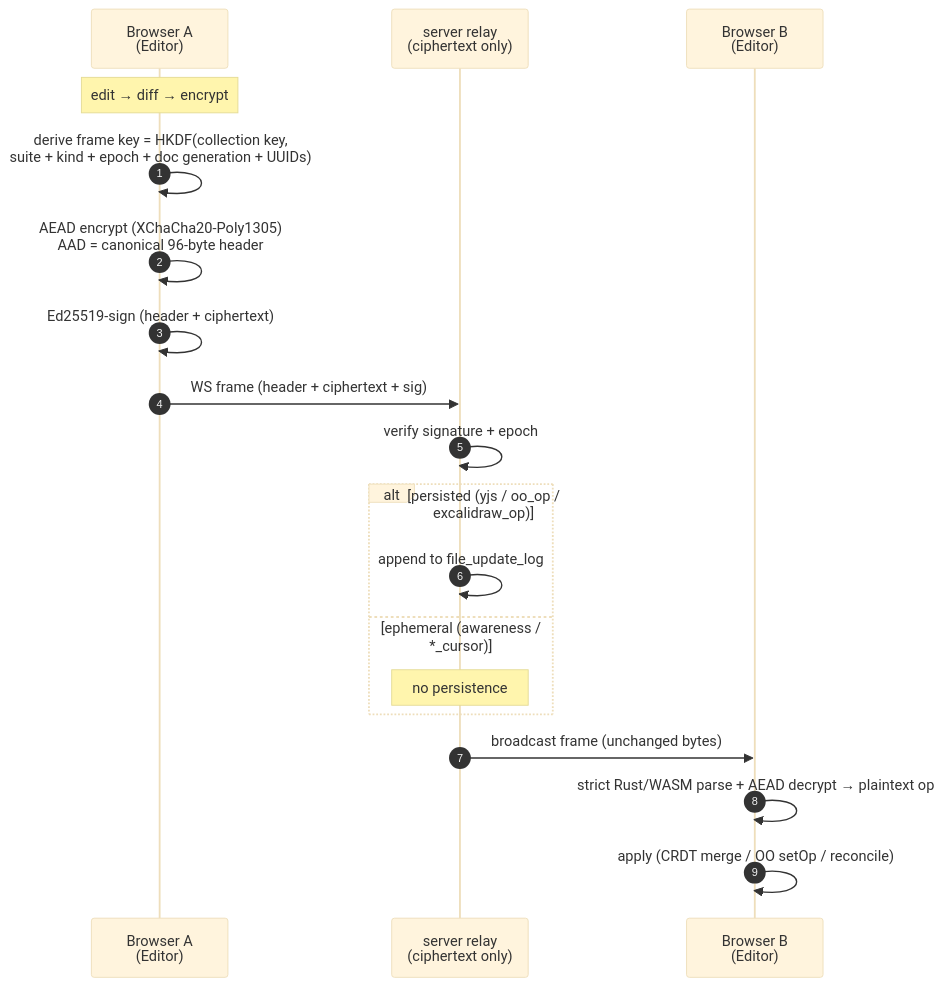
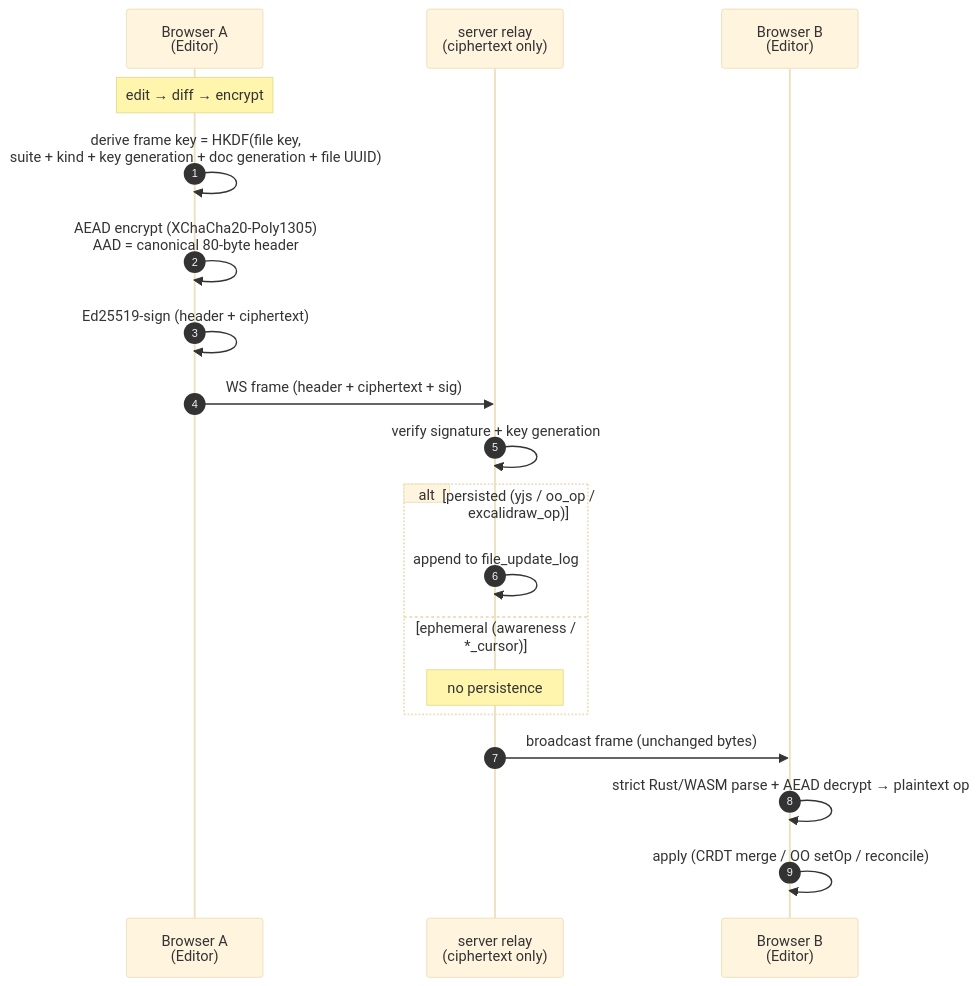
One commit to kutupbt/kutup changed the fourth of 4 diagrams in docs/architecture.md. Above: the diagram before and after it, drawn with Mermaid (base theme). The commit also changed other lines of this file and 113 other files, not shown here.

````diff
--- a/docs/architecture.md
+++ b/docs/architecture.md
@@ -453,22 +461,22 @@
 ```mermaid
 sequenceDiagram
     autonumber
     participant A as Browser A<br/>(Editor)
     participant R as server relay<br/>(ciphertext only)
     participant B as Browser B<br/>(Editor)
 
     Note over A: edit → diff → encrypt
-    A->>A: derive frame key = HKDF(collection key,<br/>suite + kind + epoch + doc generation + UUIDs)
-    A->>A: AEAD encrypt (XChaCha20-Poly1305)<br/>AAD = canonical 96-byte header
+    A->>A: derive frame key = HKDF(file key,<br/>suite + kind + key generation + doc generation + file UUID)
+    A->>A: AEAD encrypt (XChaCha20-Poly1305)<br/>AAD = canonical 80-byte header
     A->>A: Ed25519-sign (header + ciphertext)
     A->>R: WS frame (header + ciphertext + sig)
-    R->>R: verify signature + epoch
+    R->>R: verify signature + key generation
     alt persisted (yjs / oo_op / excalidraw_op)
         R->>R: append to file_update_log
     else ephemeral (awareness / *_cursor)
         Note over R: no persistence
     end
     R->>B: broadcast frame (unchanged bytes)
     B->>B: strict Rust/WASM parse + AEAD decrypt → plaintext op
     B->>B: apply (CRDT merge / OO setOp / reconcile)
 ```
````
